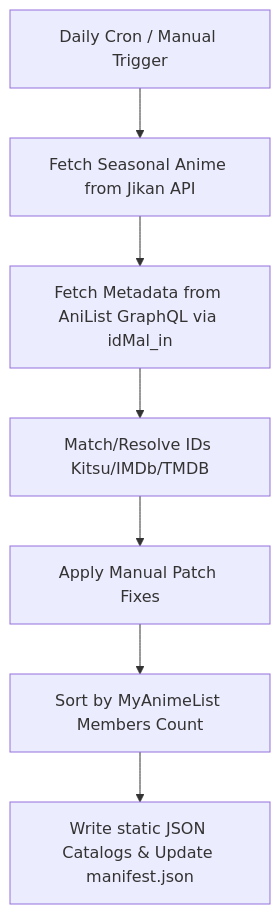
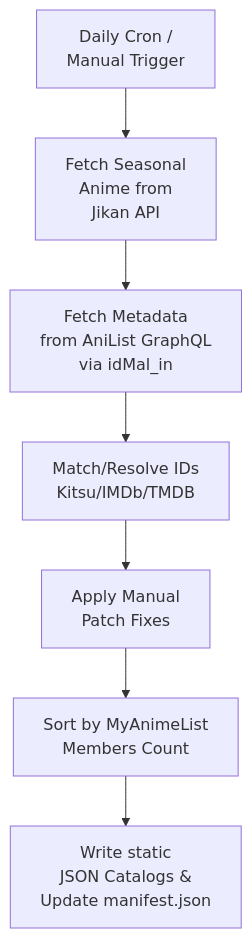
The second of 2 diagrams in README.md (KevinAZHD/animes-season-addon), drawn with Mermaid before and after one commit. The commit also changed other lines of this file and 8 other files, not shown here.

````diff
--- a/README.md
+++ b/README.md
@@ -53,9 +53,9 @@
 ```mermaid
 graph TD
-    A[Daily Cron / Manual Trigger] --> B[Fetch Seasonal Anime from Jikan API]
-    B --> C[Fetch Metadata from AniList GraphQL via idMal_in]
-    C --> D[Match/Resolve IDs Kitsu/IMDb/TMDB]
-    D --> E[Apply Manual Patch Fixes]
-    E --> F[Sort by MyAnimeList Members Count]
-    F --> G[Write static JSON Catalogs & Update manifest.json]
+    A[Daily Cron /<br>Manual Trigger] --> B[Fetch Seasonal<br>Anime from<br>Jikan API]
+    B --> C[Fetch Metadata<br>from AniList GraphQL<br>via idMal_in]
+    C --> D[Match/Resolve IDs<br>Kitsu/IMDb/TMDB]
+    D --> E[Apply Manual<br>Patch Fixes]
+    E --> F[Sort by MyAnimeList<br>Members Count]
+    F --> G[Write static<br>JSON Catalogs &<br>Update manifest.json]
 ```
````
